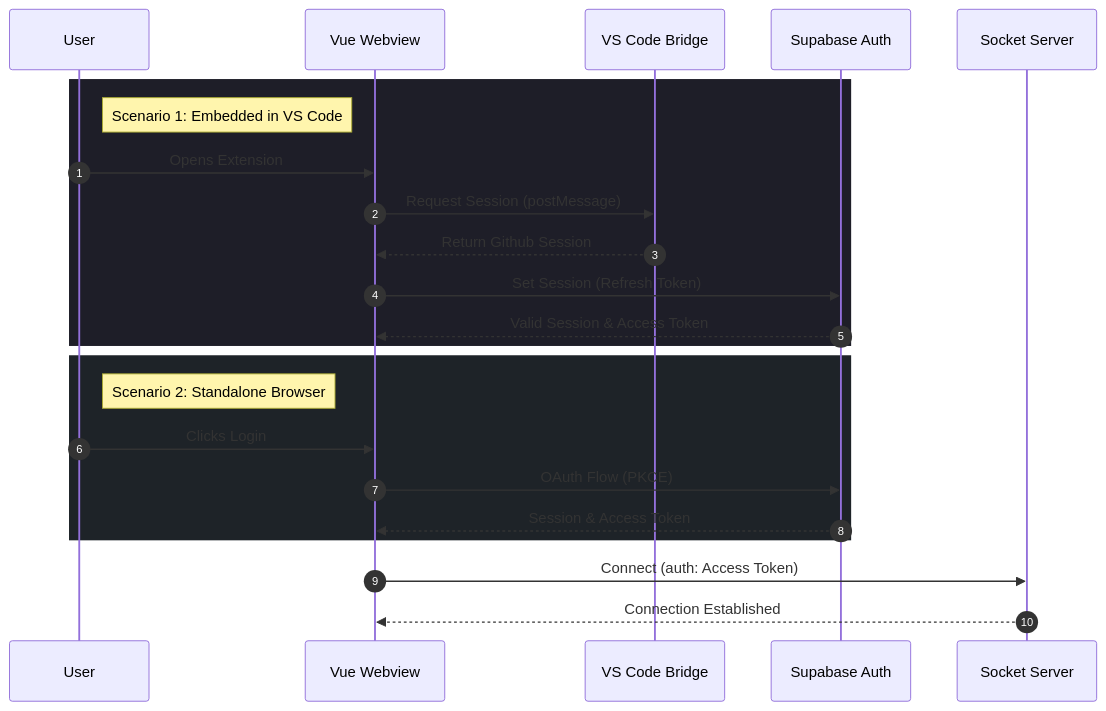
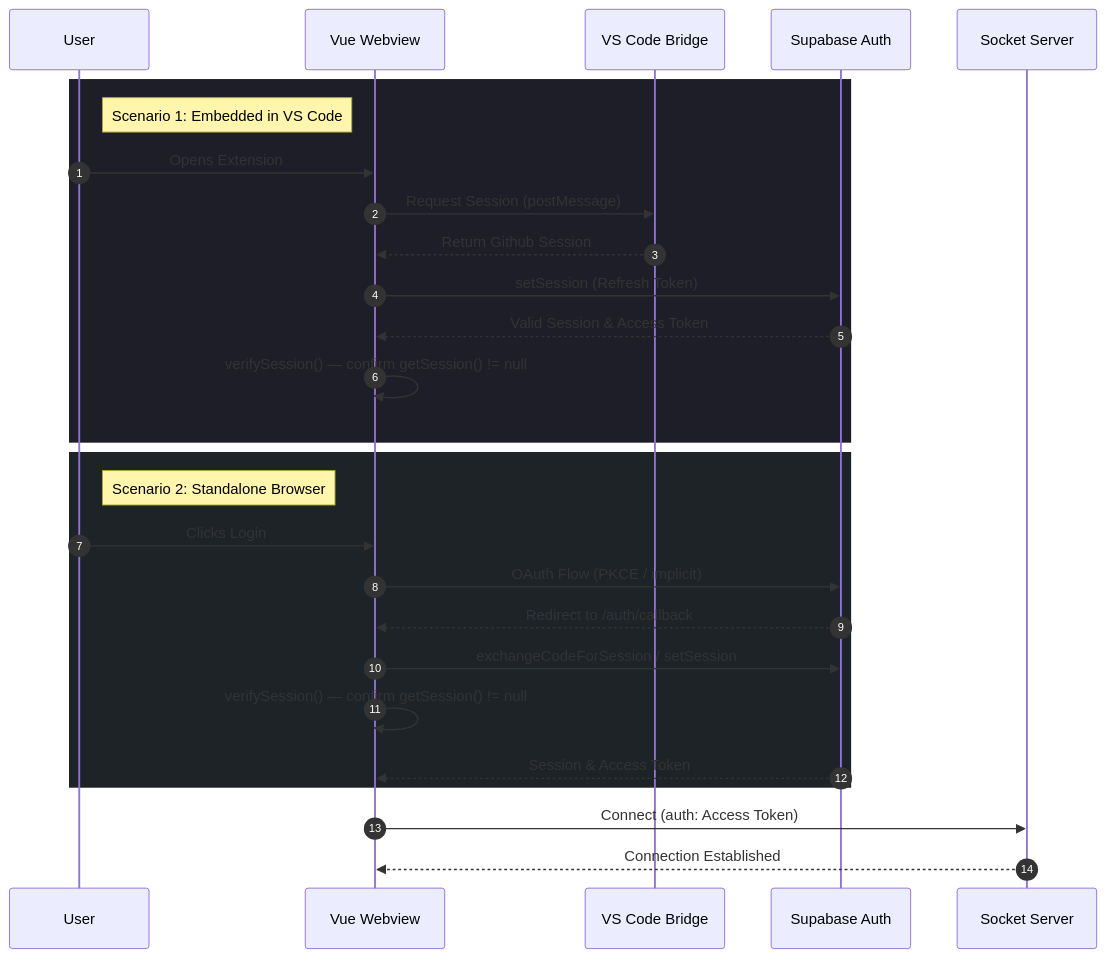
The fifth of 5 diagrams in README.md (BabaDeluxe/babadeluxe-webview), drawn with Mermaid before and after one commit. The commit also changed other lines of this file and 1 other file, not shown here.

Commit message:
docs: add AUTH_FLOWS.md and update README auth section

````diff
--- a/README.md
+++ b/README.md
@@ -196,28 +199,32 @@
 ```mermaid
 sequenceDiagram
     autonumber
     participant User
     participant Webview as Vue Webview
     participant Bridge as VS Code Bridge
     participant Supabase as Supabase Auth
     participant Socket as Socket Server
 
     rect rgb(30, 30, 40)
         note right of User: Scenario 1: Embedded in VS Code
         User->>Webview: Opens Extension
         Webview->>Bridge: Request Session (postMessage)
         Bridge-->>Webview: Return Github Session
-        Webview->>Supabase: Set Session (Refresh Token)
+        Webview->>Supabase: setSession (Refresh Token)
         Supabase-->>Webview: Valid Session & Access Token
+        Webview->>Webview: verifySession() — confirm getSession() != null
     end
 
     rect rgb(30, 35, 40)
         note right of User: Scenario 2: Standalone Browser
         User->>Webview: Clicks Login
-        Webview->>Supabase: OAuth Flow (PKCE)
+        Webview->>Supabase: OAuth Flow (PKCE / implicit)
+        Supabase-->>Webview: Redirect to /auth/callback
+        Webview->>Supabase: exchangeCodeForSession / setSession
+        Webview->>Webview: verifySession() — confirm getSession() != null
         Supabase-->>Webview: Session & Access Token
     end
 
     Webview->>Socket: Connect (auth: Access Token)
     Socket-->>Webview: Connection Established
 ```
````
